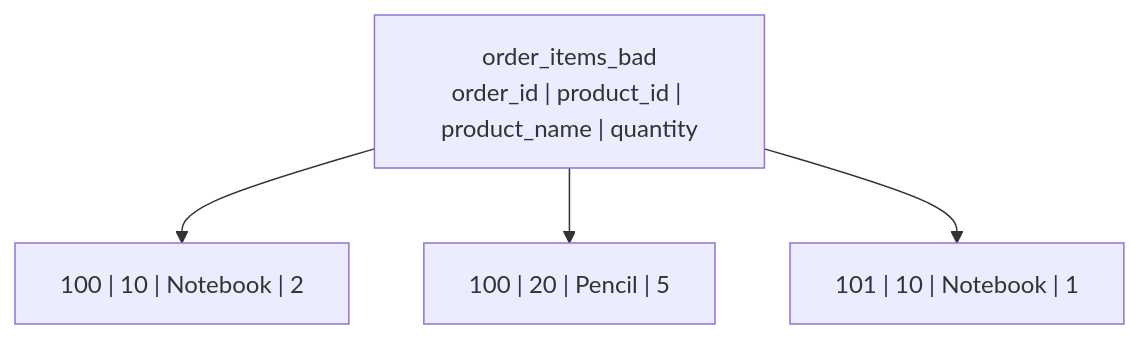
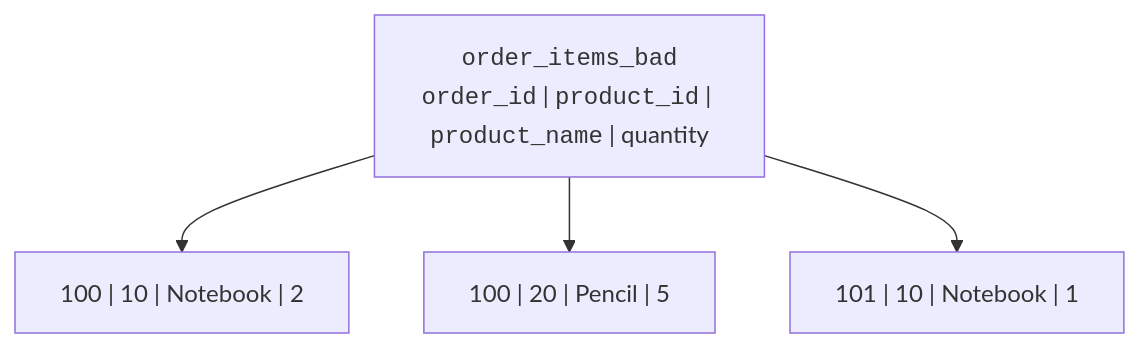
Before and after one commit to dataslope/dataslope: the second of 7 diagrams in content/learn/database-design-postgresql/second-normal-form.mdx, drawn with Mermaid. The commit also changed other lines of this file and 153 other files, not shown here.

First line of the commit message:
Render code-only mermaid shapes in monospace; convert step sequences to Steps

````diff
--- a/content/learn/database-design-postgresql/second-normal-form.mdx
+++ b/content/learn/database-design-postgresql/second-normal-form.mdx
@@ -50,7 +50,7 @@
 ```mermaid
 flowchart TB
-    T["order_items_bad<br/>order_id | product_id | product_name | quantity"]
+    T["<code>order_items_bad</code><br/><code>order_id</code> | <code>product_id</code> | <code>product_name</code> | quantity"]
     T --> R1["100 | 10 | Notebook | 2"]
     T --> R2["100 | 20 | Pencil | 5"]
     T --> R3["101 | 10 | Notebook | 1"]
 ```
````
